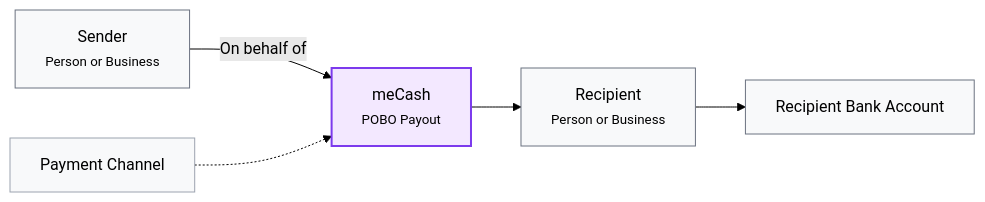
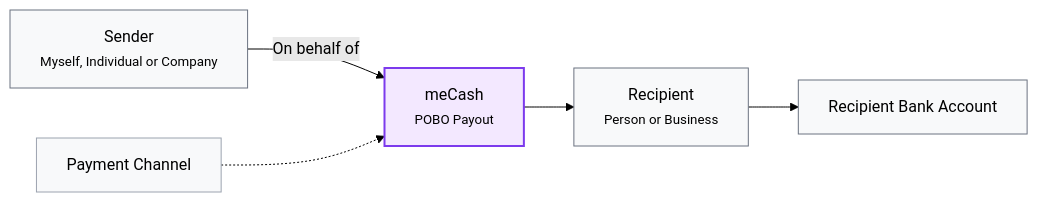
Before and after one commit to Ejiro-mecash/docs: the diagram in payout-docs/pay-on-behalf-of.mdx, drawn with Mermaid (forest theme). The commit also changed other lines of this file and 4 other files, not shown here.

````diff
--- a/payout-docs/pay-on-behalf-of.mdx
+++ b/payout-docs/pay-on-behalf-of.mdx
@@ -12,23 +12,23 @@
 ```mermaid
 flowchart LR
-    A["Sender<br/><small>Person or Business</small>"]
+    A["Sender<br/><small>Myself, Individual or Company</small>"]
     B["meCash<br/><small>POBO Payout</small>"]
     C["Recipient<br/><small>Person or Business</small>"]
     D["Recipient Bank Account"]
 
     A -->|"On behalf of"| B
     B --> C
     C --> D
 
     E["Payment Channel"] -.-> B
 
     classDef party fill:#f8f9fa,stroke:#6b7280,stroke-width:1px
     classDef process fill:#f3e8ff,stroke:#7c3aed,stroke-width:2px
     classDef account fill:#f8f9fa,stroke:#6b7280,stroke-width:1px
     classDef channel fill:#f8f9fa,stroke:#9ca3af,stroke-width:1px
 
     class A,C party
     class B process
     class D account
     class E channel
 ```
````
